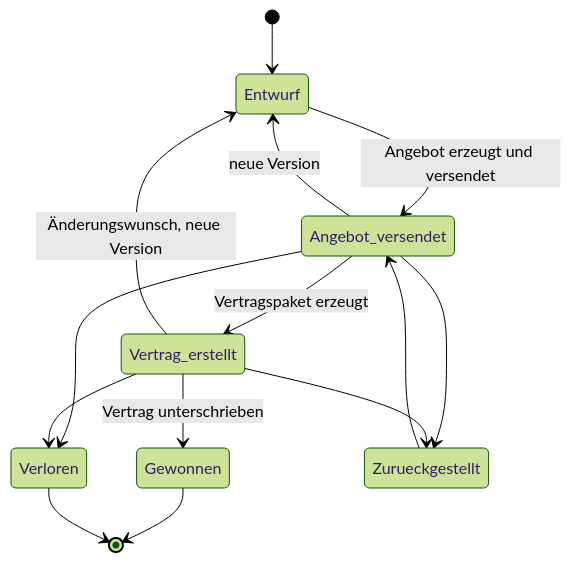
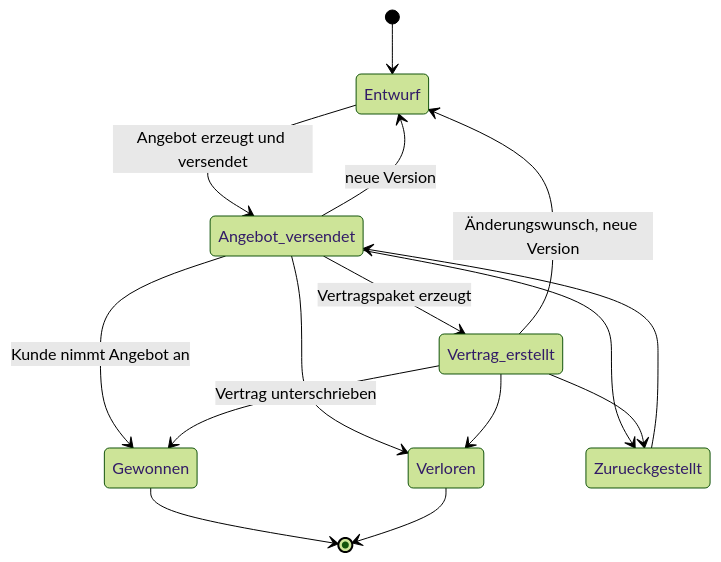
One commit to darntjen/kalkulator_web changed the second of 3 diagrams in docs/03_fachmodell.md. Above: the diagram before and after it, drawn with Mermaid (forest theme). The commit also changed other lines of this file and 20 other files, not shown here.

````diff
--- a/docs/03_fachmodell.md
+++ b/docs/03_fachmodell.md
@@ -79,16 +80,17 @@
 ```mermaid
 stateDiagram-v2
     [*] --> Entwurf
     Entwurf --> Angebot_versendet: Angebot erzeugt und versendet
     Angebot_versendet --> Entwurf: neue Version
+    Angebot_versendet --> Gewonnen: Kunde nimmt Angebot an
     Angebot_versendet --> Vertrag_erstellt: Vertragspaket erzeugt
     Vertrag_erstellt --> Entwurf: Änderungswunsch, neue Version
     Vertrag_erstellt --> Gewonnen: Vertrag unterschrieben
     Angebot_versendet --> Verloren
     Vertrag_erstellt --> Verloren
     Angebot_versendet --> Zurueckgestellt
     Vertrag_erstellt --> Zurueckgestellt
     Zurueckgestellt --> Angebot_versendet
     Gewonnen --> [*]
     Verloren --> [*]
 ```
````
